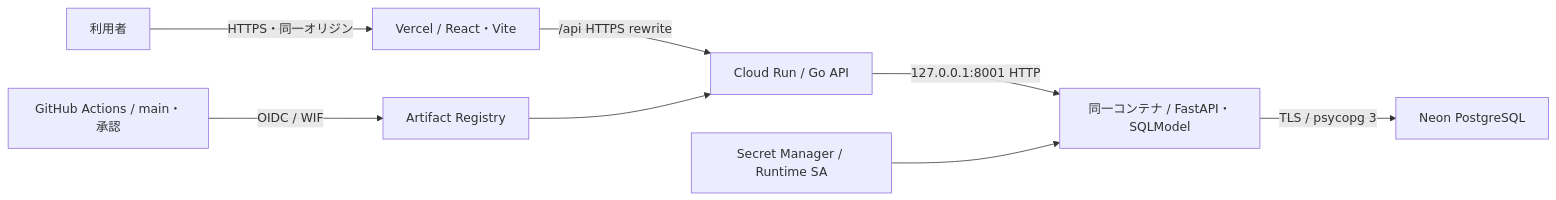
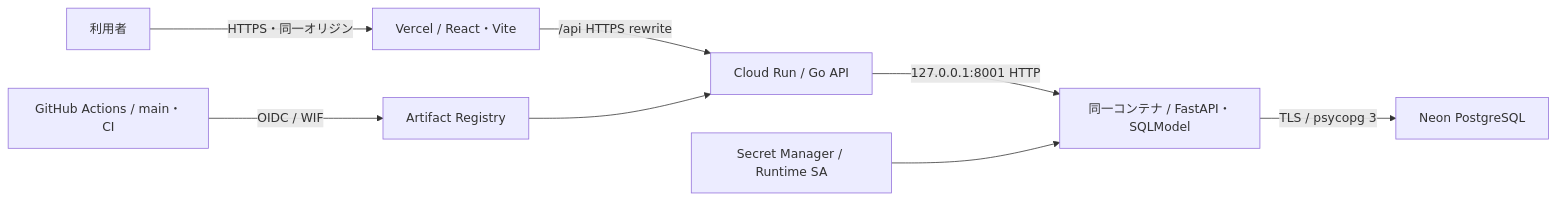
One commit to uhey77/grad-checker changed the diagram in docs/production-deployment.md. Above: the diagram before and after it, drawn with Mermaid. The commit also changed other lines of this file and 15 other files, not shown here.

````diff
--- a/docs/production-deployment.md
+++ b/docs/production-deployment.md
@@ -5,10 +5,10 @@
 ```mermaid
 flowchart LR
   Browser[利用者] -->|HTTPS・同一オリジン| Vercel[Vercel / React・Vite]
   Vercel -->|/api HTTPS rewrite| Go[Cloud Run / Go API]
   Go -->|127.0.0.1:8001 HTTP| Python[同一コンテナ / FastAPI・SQLModel]
   Python -->|TLS / psycopg 3| Neon[Neon PostgreSQL]
-  Actions[GitHub Actions / main・承認] -->|OIDC / WIF| Registry[Artifact Registry]
+  Actions[GitHub Actions / main・CI] -->|OIDC / WIF| Registry[Artifact Registry]
   Registry --> Go
   Secret[Secret Manager / Runtime SA] --> Python
 ```
````
